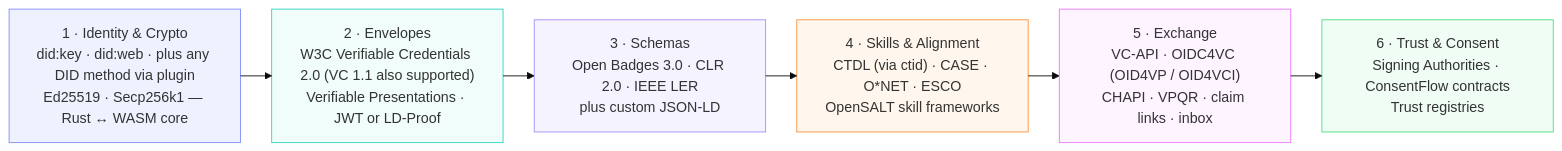
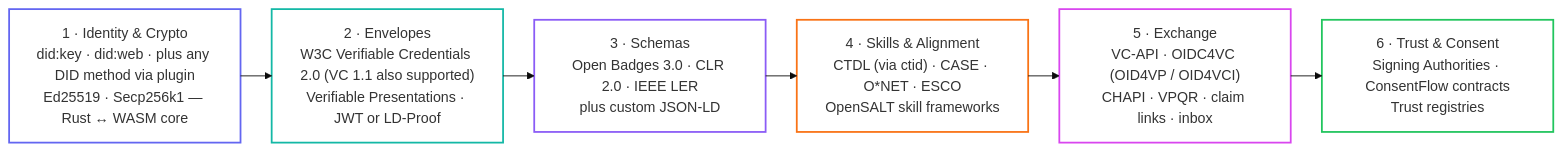
One commit to learningeconomy/LearnCard changed the second of 3 diagrams in docs/introduction/ecosystem-architecture.md. Above: the diagram before and after it, drawn with Mermaid (base theme). The commit also changed other lines of this file, not shown here.

````diff
--- a/docs/introduction/ecosystem-architecture.md
+++ b/docs/introduction/ecosystem-architecture.md
@@ -139,19 +137,19 @@
 ```mermaid
 %%{init: {"flowchart": {"defaultRenderer": "elk"}}}%%
 flowchart LR
   L1["1 · Identity & Crypto<br/>did:key · did:web · plus any DID method via plugin<br/>Ed25519 · Secp256k1 — Rust ↔ WASM core"]:::indigo
   L2["2 · Envelopes<br/>W3C Verifiable Credentials 2.0 (VC 1.1 also supported)<br/>Verifiable Presentations · JWT or LD-Proof"]:::teal
   L3["3 · Schemas<br/>Open Badges 3.0 · CLR 2.0 · IEEE LER<br/>plus custom JSON-LD"]:::violet
   L4["4 · Skills & Alignment<br/>CTDL (via ctid) · CASE · O*NET · ESCO<br/>OpenSALT skill frameworks"]:::orange
   L5["5 · Exchange<br/>VC-API · OIDC4VC (OID4VP / OID4VCI)<br/>CHAPI · VPQR · claim links · inbox"]:::fuchsia
   L6["6 · Trust & Consent<br/>Signing Authorities · ConsentFlow contracts<br/>Trust registries"]:::green
 
   L1 --> L2 --> L3 --> L4 --> L5 --> L6
 
-  classDef indigo stroke:#818cf8,fill:#eef2ff;
-  classDef teal stroke:#2dd4bf,fill:#f0fdfa;
-  classDef violet stroke:#a78bfa,fill:#f5f3ff;
-  classDef orange stroke:#fb923c,fill:#fff7ed;
-  classDef fuchsia stroke:#e879f9,fill:#fdf4ff;
-  classDef green stroke:#4ade80,fill:#f0fdf4;
+  classDef indigo  stroke:#6366f1,stroke-width:2px,fill:transparent;
+  classDef teal    stroke:#14b8a6,stroke-width:2px,fill:transparent;
+  classDef violet  stroke:#8b5cf6,stroke-width:2px,fill:transparent;
+  classDef orange  stroke:#f97316,stroke-width:2px,fill:transparent;
+  classDef fuchsia stroke:#d946ef,stroke-width:2px,fill:transparent;
+  classDef green   stroke:#22c55e,stroke-width:2px,fill:transparent;
 ```
````
